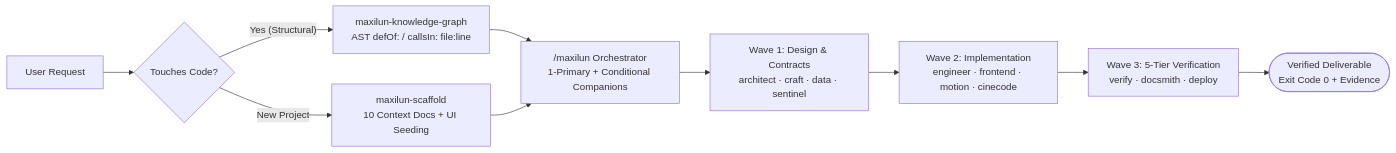
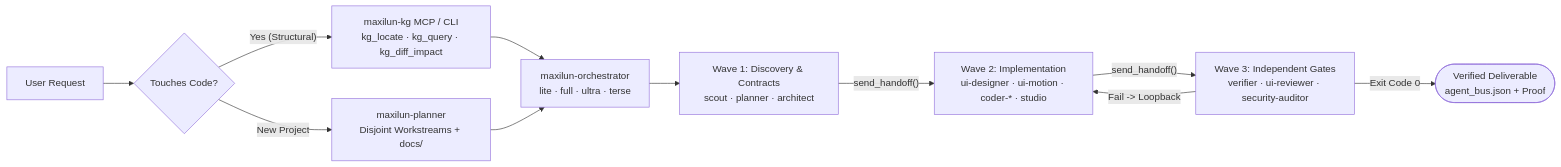
Before and after one commit to giriedu/maxilun: the first of 2 diagrams in README.md, drawn with Mermaid. The commit also changed other lines of this file and 207 other files, not shown here.

Commit message:
feat: add 15-agent shared bus, maxilun-kg MCP, tactile UI/anti-slop playbooks, and refresh docs/assets

````diff
--- a/README.md
+++ b/README.md
@@ -84,13 +86,14 @@
 ```mermaid
 flowchart LR
     Prompt["User Request"] --> KG{"Touches Code?"}
-    KG -->|"Yes (Structural)"| Graph["maxilun-knowledge-graph<br/>AST defOf: / callsIn: file:line"]
-    KG -->|"New Project"| Scaf["maxilun-scaffold<br/>10 Context Docs + UI Seeding"]
-    Graph --> Route["/maxilun Orchestrator<br/>1-Primary + Conditional Companions"]
+    KG -->|"Yes (Structural)"| Graph["maxilun-kg MCP / CLI<br/>kg_locate · kg_query · kg_diff_impact"]
+    KG -->|"New Project"| Scaf["maxilun-planner<br/>Disjoint Workstreams + docs/"]
+    Graph --> Route["maxilun-orchestrator<br/>lite · full · ultra · terse"]
     Scaf --> Route
 
-    Route --> W1["Wave 1: Design & Contracts<br/>architect · craft · data · sentinel"]
-    W1 --> W2["Wave 2: Implementation<br/>engineer · frontend · motion · cinecode"]
-    W2 --> W3["Wave 3: 5-Tier Verification<br/>verify · docsmith · deploy"]
-    W3 --> Ship(["Verified Deliverable<br/>Exit Code 0 + Evidence"])
+    Route --> W1["Wave 1: Discovery & Contracts<br/>scout · planner · architect"]
+    W1 -->|"send_handoff()"| W2["Wave 2: Implementation<br/>ui-designer · ui-motion · coder-* · studio"]
+    W2 -->|"send_handoff()"| W3["Wave 3: Independent Gates<br/>verifier · ui-reviewer · security-auditor"]
+    W3 -->|"Fail -> Loopback"| W2
+    W3 -->|"Exit Code 0"| Ship(["Verified Deliverable<br/>agent_bus.json + Proof"])
 ```
````
